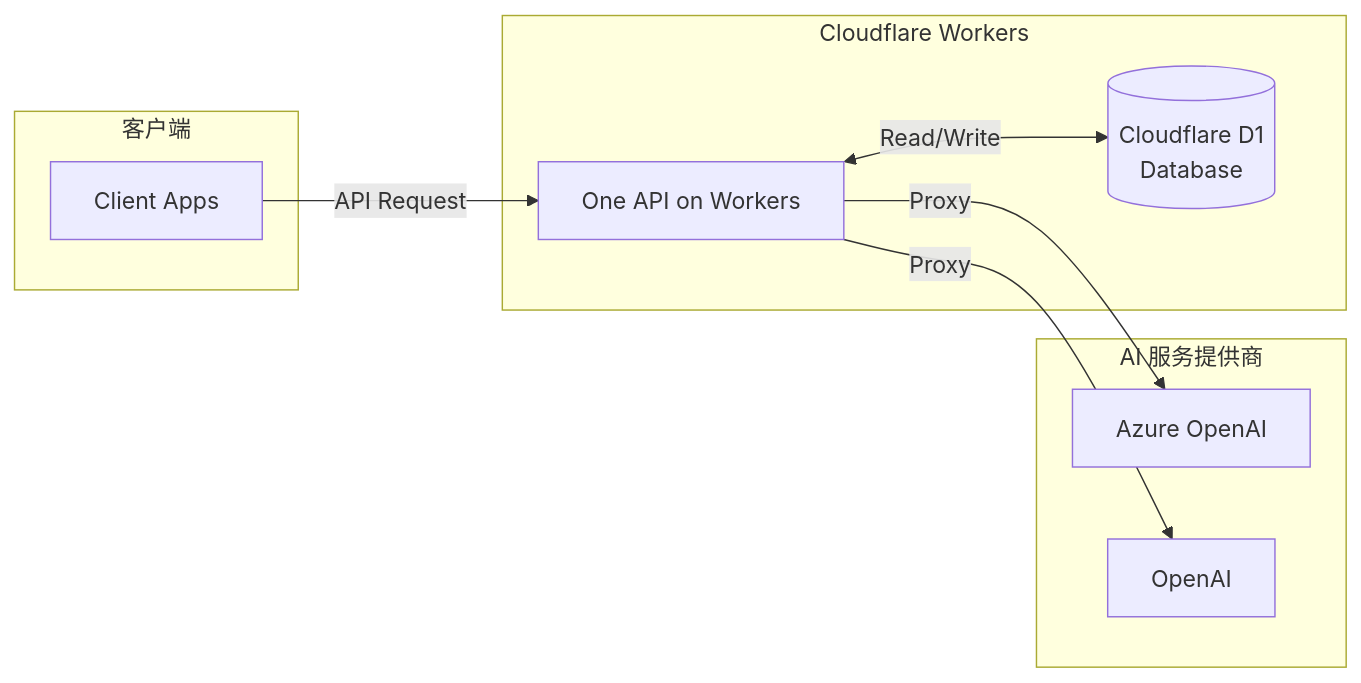
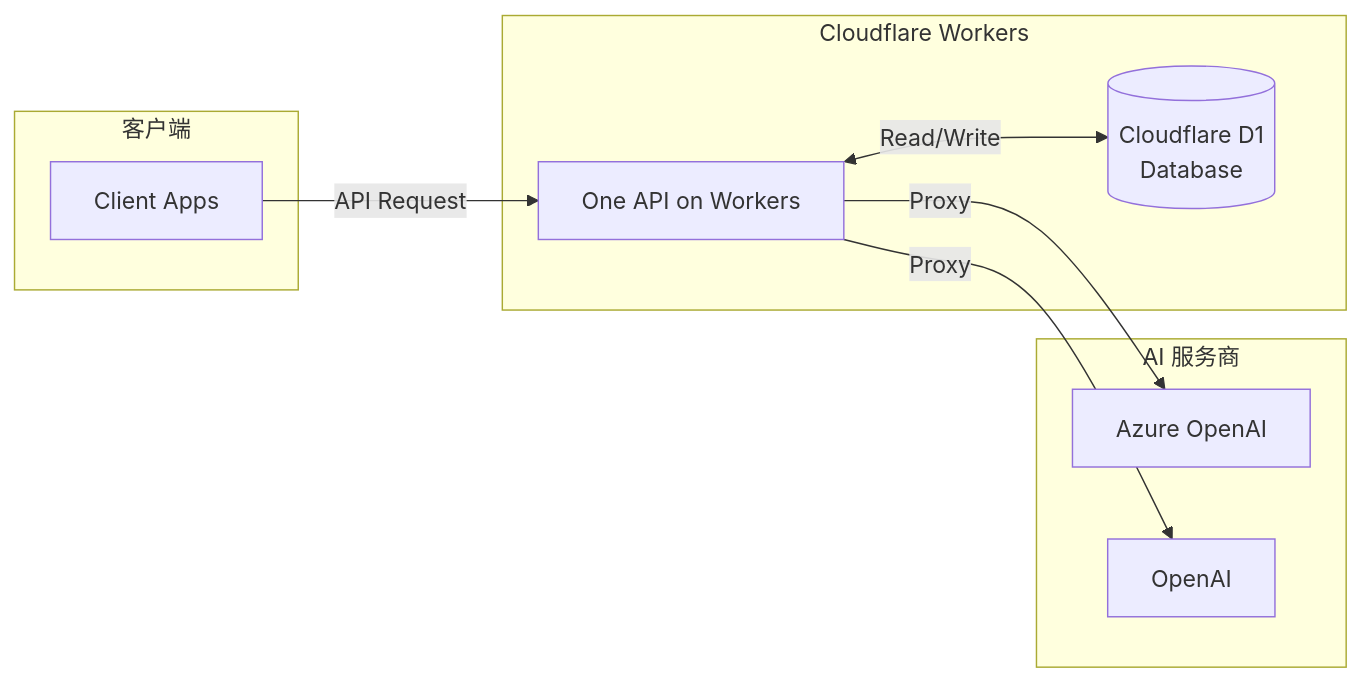
The diagram in README.md (min-zou/one-api-workers), drawn with Mermaid before and after one commit. The commit also changed other lines of this file and 5 other files, not shown here.

````diff
--- a/README.md
+++ b/README.md
@@ -18,21 +17,21 @@
 ```mermaid
 flowchart LR
     subgraph Clients["客户端"]
         A[Client Apps]
     end
 
     subgraph CF["Cloudflare Workers"]
         B[One API on Workers]
         D[(Cloudflare D1<br/>Database)]
     end
 
-    subgraph Providers["AI 服务提供商"]
+    subgraph Providers["AI 服务商"]
         C1[Azure OpenAI]
         C2[OpenAI]
     end
 
     A -->|API Request| B
     B -->|Proxy| C1
     B -->|Proxy| C2
     B <-->|Read/Write| D
 ```
````
